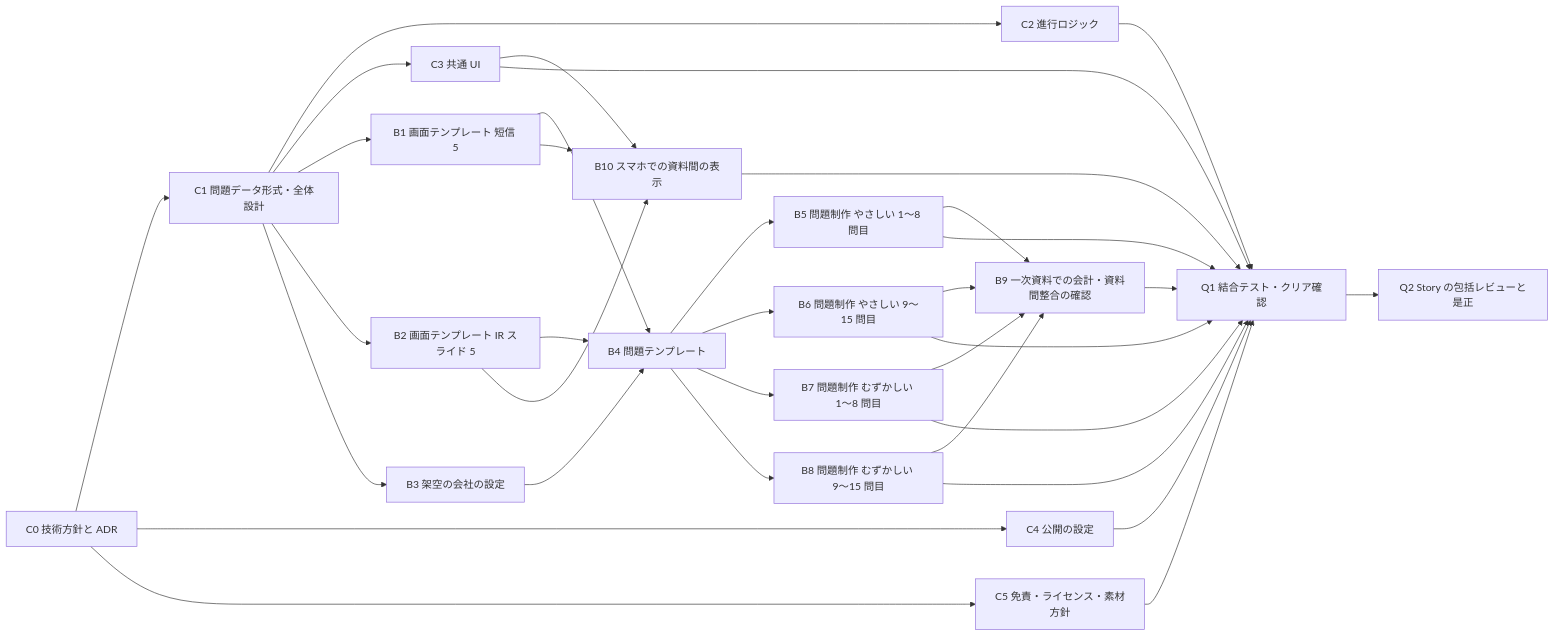
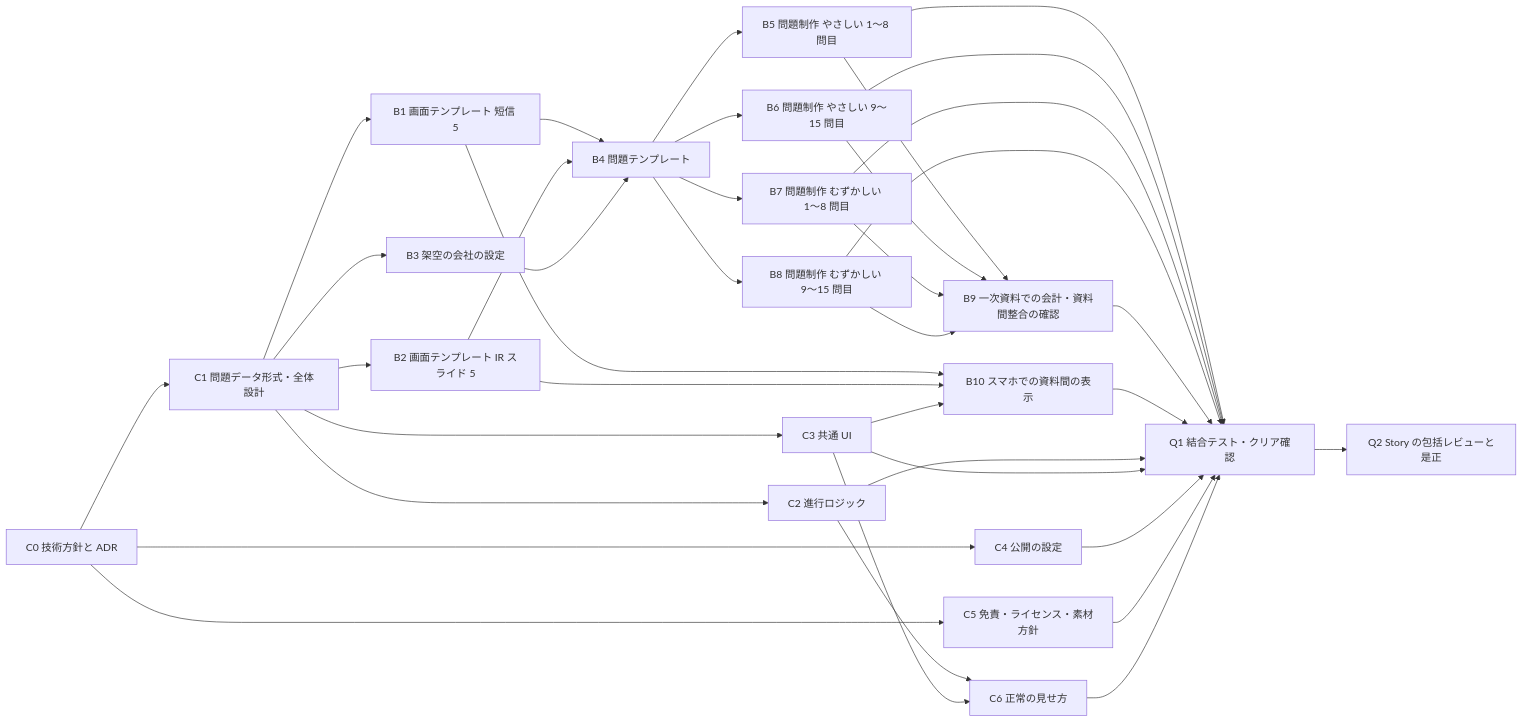
Before and after one commit to calliope-pro/kessan-8: the second of 3 diagrams in docs/plans/plan-comparison.md, drawn with Mermaid. The commit also changed other lines of this file and 1 other file, not shown here.

````diff
--- a/docs/plans/plan-comparison.md
+++ b/docs/plans/plan-comparison.md
@@ -185,54 +191,58 @@
 ```mermaid
 flowchart LR
   BC0["C0 技術方針と ADR"]
   BC1["C1 問題データ形式・全体設計"]
   BC2["C2 進行ロジック"]
   BC3["C3 共通 UI"]
   BC4["C4 公開の設定"]
   BC5["C5 免責・ライセンス・素材方針"]
+  BC6["C6 正常の見せ方"]
   BB1["B1 画面テンプレート 短信 5"]
   BB2["B2 画面テンプレート IR スライド 5"]
   BB3["B3 架空の会社の設定"]
   BB4["B4 問題テンプレート"]
   BB5["B5 問題制作 やさしい 1〜8 問目"]
   BB6["B6 問題制作 やさしい 9〜15 問目"]
   BB7["B7 問題制作 むずかしい 1〜8 問目"]
   BB8["B8 問題制作 むずかしい 9〜15 問目"]
   BB9["B9 一次資料での会計・資料間整合の確認"]
   BB10["B10 スマホでの資料間の表示"]
   BQ1["Q1 結合テスト・クリア確認"]
   BQ2["Q2 Story の包括レビューと是正"]
   BC0 --> BC1
   BC1 --> BC2
   BC1 --> BC3
   BC0 --> BC4
   BC0 --> BC5
+  BC2 --> BC6
+  BC3 --> BC6
   BC1 --> BB1
   BC1 --> BB2
   BC1 --> BB3
   BB1 --> BB4
   BB2 --> BB4
   BB3 --> BB4
   BB4 --> BB5
   BB4 --> BB6
   BB4 --> BB7
   BB4 --> BB8
   BB5 --> BB9
   BB6 --> BB9
   BB7 --> BB9
   BB8 --> BB9
   BB1 --> BB10
   BB2 --> BB10
   BC3 --> BB10
   BB5 --> BQ1
   BB6 --> BQ1
   BB7 --> BQ1
   BB8 --> BQ1
   BB9 --> BQ1
   BB10 --> BQ1
   BC2 --> BQ1
   BC3 --> BQ1
   BC4 --> BQ1
   BC5 --> BQ1
+  BC6 --> BQ1
   BQ1 --> BQ2
 ```
````
